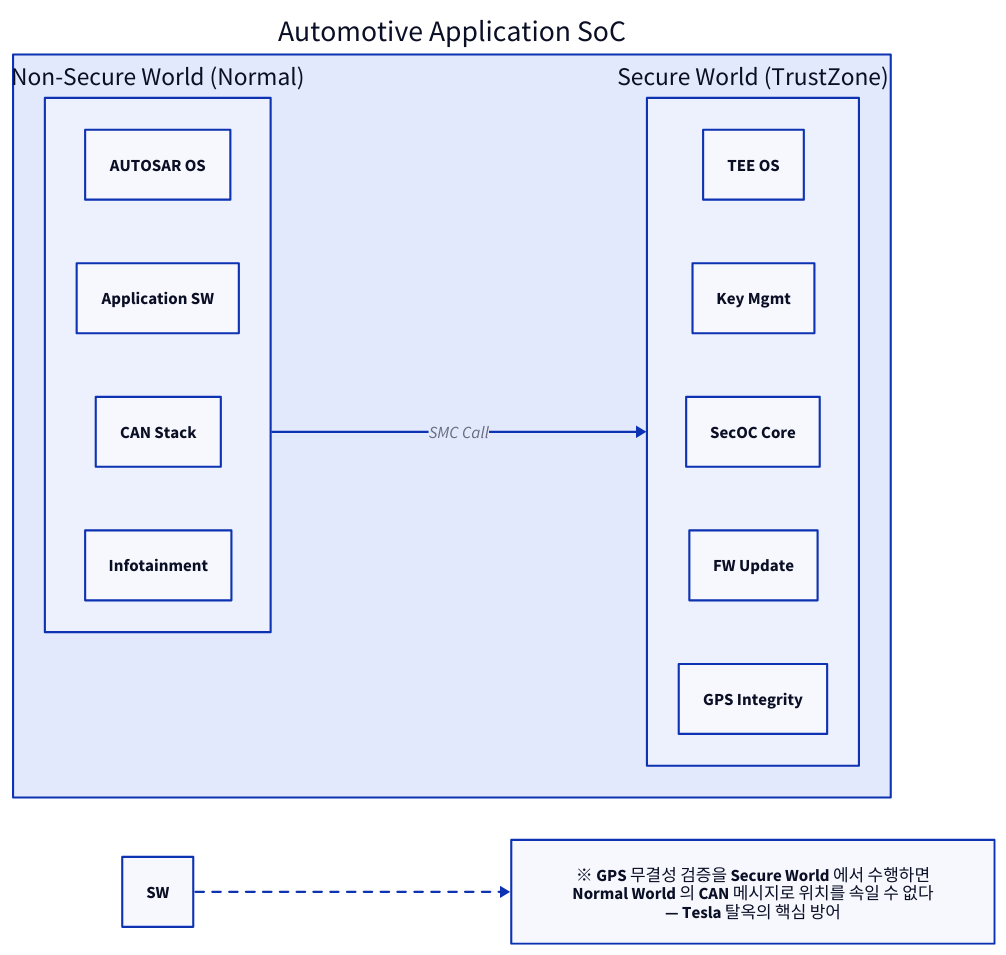
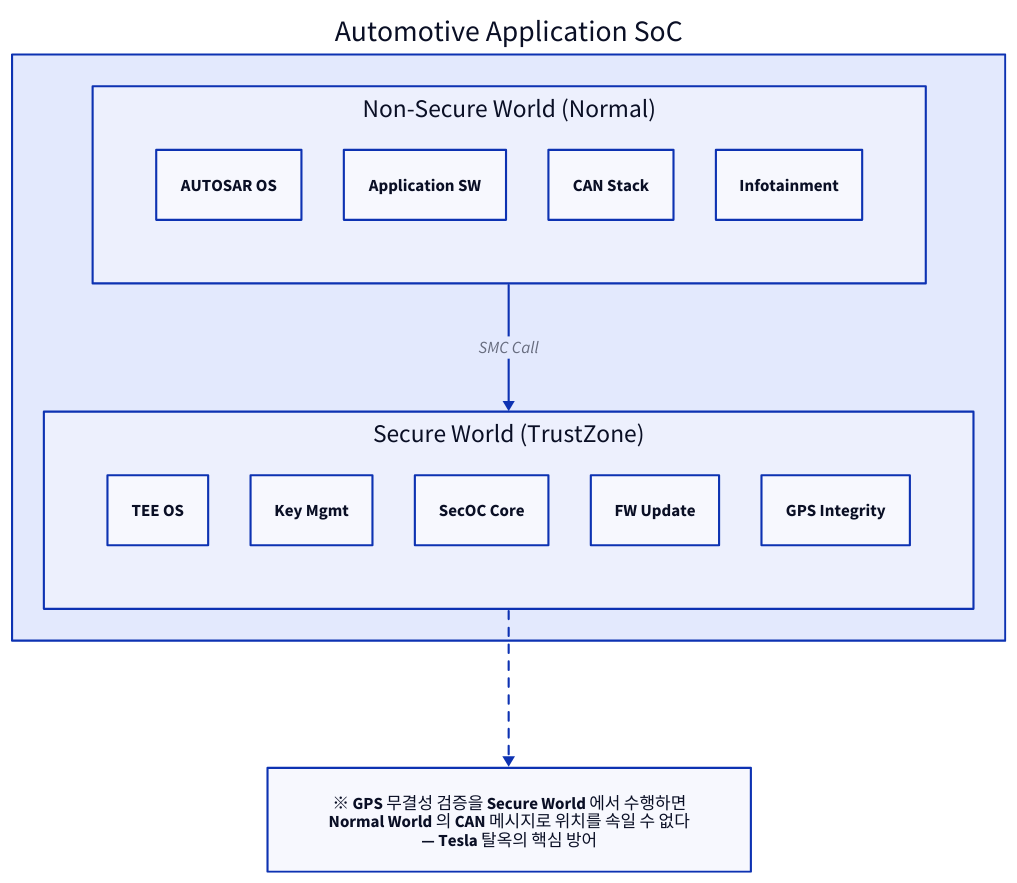
Before and after one commit to humbleowl39/DV_SKOOL: diagram 13 of 14 in topics/automotive_cybersecurity/docs/02_automotive_soc_security.md, drawn with D2. The commit also changed other lines of this file and 90 other files, not shown here.

First line of the commit message:
docs: 전 토픽 다이어그램 정비 — ASCII→D2, mermaid→D2, 과대 D2 가시성 수정

````diff
--- a/topics/automotive_cybersecurity/docs/02_automotive_soc_security.md
+++ b/topics/automotive_cybersecurity/docs/02_automotive_soc_security.md
@@ -538,23 +540,25 @@
 ```d2
-direction: right
+direction: down
 
 SOC: "Automotive Application SoC" {
-  direction: right
+  direction: down
   NS: "Non-Secure World (Normal)" {
+    grid-columns: 4
     N1: "AUTOSAR OS"
     N2: "Application SW"
     N3: "CAN Stack"
     N4: "Infotainment"
   }
   SW: "Secure World (TrustZone)" {
+    grid-columns: 5
     S0: "TEE OS"
     S1: "Key Mgmt"
     S2: "SecOC Core"
     S3: "FW Update"
     S4: "GPS Integrity"
   }
   NS -> SW: "SMC Call"
 }
 NOTE: "※ GPS 무결성 검증을 Secure World 에서 수행하면\nNormal World 의 CAN 메시지로 위치를 속일 수 없다\n— Tesla 탈옥의 핵심 방어"
-SW -> NOTE { style.stroke-dash: 4 }
+SOC.SW -> NOTE { style.stroke-dash: 4 }
 ```
````
